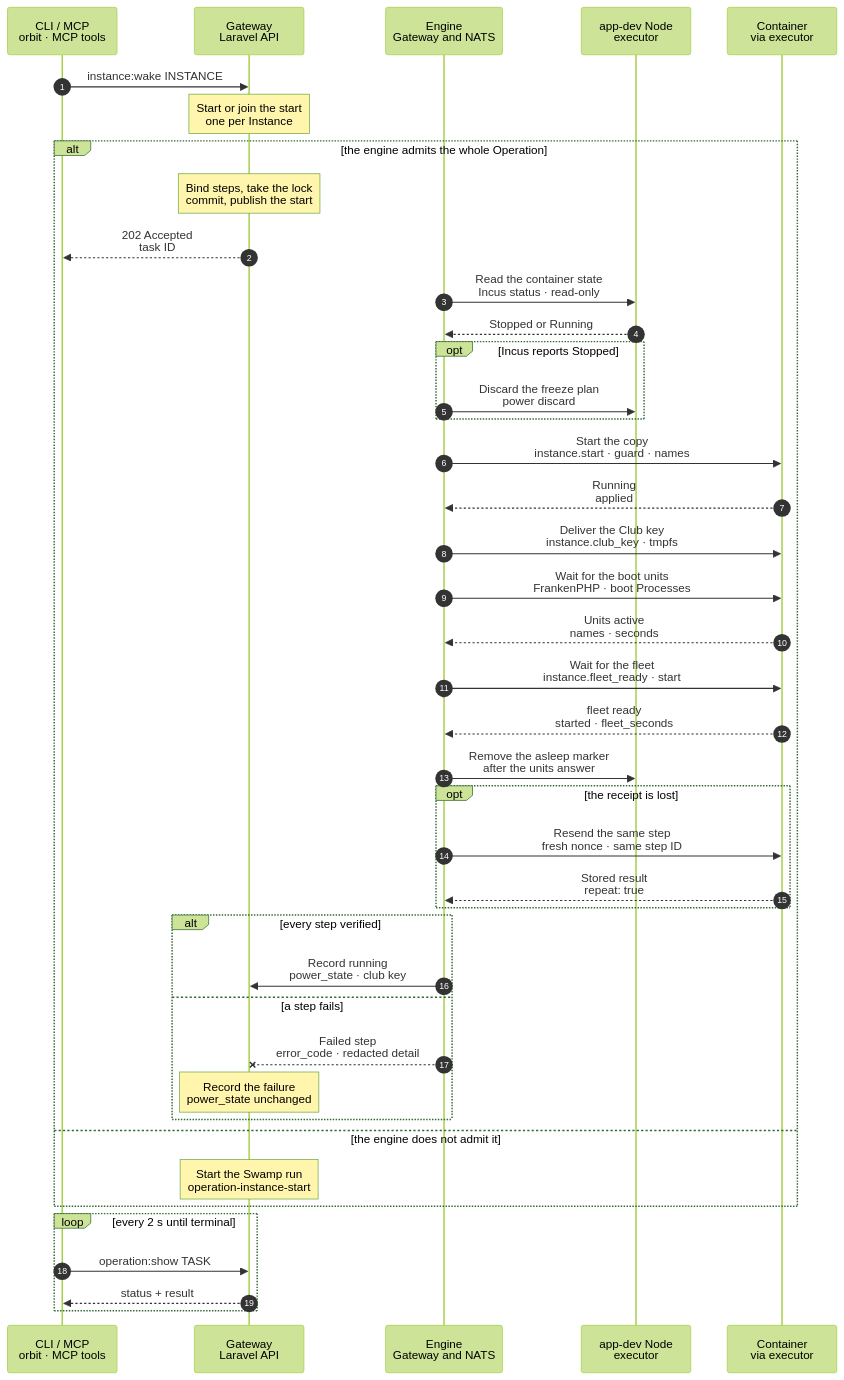
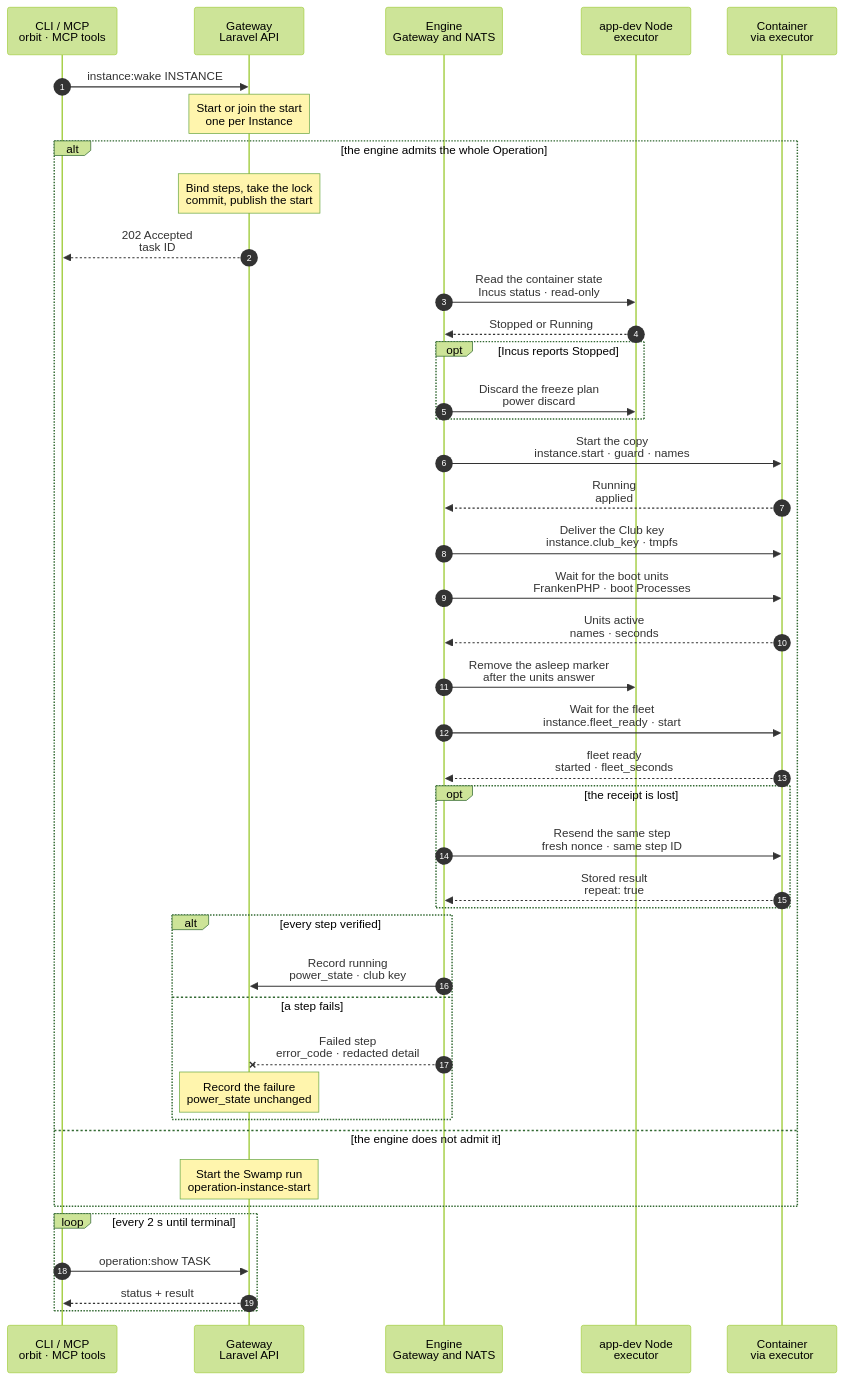
The diagram in docs/cli/instance/container/start-engine.mmd (hardimpactdev/orbit), drawn with Mermaid (forest theme) before and after one commit. The commit also changed 6 other files, not shown here.

Commit message:
Close round-2 chart findings: destroy target ID, start marker order, exact Process read-back, Conn restart result, sync prerequisites, update 202 and partial DNS

```diff
--- a/docs/cli/instance/container/start-engine.mmd
+++ b/docs/cli/instance/container/start-engine.mmd
@@ -1,81 +1,82 @@
 sequenceDiagram
   %% A stopped nested-fleet clone's start on the Gateway engine: the steps of instance/start.mmd (workflow operation-instance-start) as executor primitives of the `instance` and `power` families, reusing those of instance.create. Design for ADR 0267 and ADR 0271; no engine flow exists yet. Step names describe effects; the implementation settles action names unless an existing action is named.
   %% The wake admits `instance.start` (instance/wake.mmd); this chart is placed beside instance/start.mmd on instance/wake.mdx.
   %% status: draft
   %% command: instance:wake
   %% kind: instance.start
   autonumber
   %% lane CLI icon=terminal pill=caller tone=gray
   %% lane GW icon=gateway pill=intent tone=blue
   %% lane EN icon=workflow pill=engine tone=purple
   %% lane N icon=server pill=executor tone=amber
   %% lane C icon=server pill=copy tone=green
   participant CLI as CLI / MCP<br/>orbit · MCP tools
   participant GW as Gateway<br/>Laravel API
   participant EN as Engine<br/>Gateway and NATS
   participant N as app-dev Node<br/>executor
   participant C as Container<br/>via executor
   CLI->>GW: instance:wake INSTANCE
   Note over GW: Start or join the start<br/>one per Instance
   %%> Same admission as instance/start.mmd: an open start is joined; other work refuses (`operation.target_busy`, `instance.lifecycle_busy`); a nested-fleet default refuses (`instance.sleep_unsupported`)
   %%> The Club key is read once here; without one the start fails before any step (`instance.nested_club_key_missing`)
   alt the engine admits the whole Operation
     %%> Admission, one decision per Operation (EngineKinds::routes):
     %%> - `instance.start` is in `ORBIT_ENGINE_KINDS`
-    %%> - every Node a step touches reports its action in `$KV.NODES`: `discard`, `instance.start`, `instance.club_key` and `instance.fleet_ready` (all exist), and the new unit wait and marker removal actions
+    %%> - every Node a step touches reports its action in `$KV.NODES`: `discard`, `instance.start`, `instance.club_key` and `instance.fleet_ready` (all exist), and the new container-state read, unit wait and marker removal actions
     %%> - `instance.start`'s decoder refuses unknown fields, so the new inputs below need evidence first: the Node lists a feature for them in its reported `features` (as `instance.t3_pairing`), else the whole start stays on Swamp; it never fails after earlier steps acted
     %%> - the flow accepts the plan shape; a part it does not cover throws `EngineUnsupported` before any order
     %%> - eligible plan: a stopped clone whose seed holds Orbit's tunnel boot unit (`fleet_tunnel` recorded at create); a frozen copy (its wake resumes it) and a seed without the tunnel unit (Swamp's clone-fleet) throw `EngineUnsupported`
     Note over GW: Bind steps, take the lock<br/>commit, publish the start
     %%> - the step rows and the Operation lock commit in one transaction before the start event; an Operation never moves between engines after this
     GW-->>CLI: 202 Accepted<br/>task ID
     EN->>N: Read the container state<br/>Incus status · read-only
     N-->>EN: Stopped or Running
     opt Incus reports Stopped
       EN->>N: Discard the freeze plan<br/>power discard
       %%> A stopped copy's prepared plan and limits record go before the boot, under the Instance's target lock, as the Swamp start does
       %%> Skipped when the read finds the copy Running: `discard` refuses a running target, so a retry Operation after the boot never sends it
     end
     EN->>C: Start the copy<br/>instance.start · guard · names
     %%> Reuses `instance.start`: NIC guards and egress gates, the allowed config of a nested-fleet copy, ID maps, boot, hostname and `/etc/hosts`; an already running copy changes nothing
     %%> New inputs, behind the feature above: the start guard's owned keys `boot.autostart=false` and `limits.memory.swap` written over an absent or different value; the presented machine name; and, for a copy still Stopped, the recorded server's drop-in `/etc/systemd/system/t3.service.d/20-orbit-server.conf` before the boot, so t3.service starts the recorded server
     C-->>EN: Running<br/>applied
     EN->>C: Deliver the Club key<br/>instance.club_key · tmpfs
     %%> Into the copy's `/run`, never a seed or snapshot; answers changed, changed_serve_pending or unchanged
     EN->>C: Wait for the boot units<br/>FrankenPHP · boot Processes
     %%> As the Swamp start: reads the Process units that start at boot (installed and enabled) and FrankenPHP, then waits for each to be active with an empty `Job=`; a bounded read from the Node, failing `instance.container_start_failed` at the bound
     C-->>EN: Units active<br/>names · seconds
+    EN->>N: Remove the asleep marker<br/>after the units answer
+    %%> Right after the boot units are ready, before the fleet check, as the outer start phase does (instance-container-phase.yml `Remove the asleep marker after the start`): Caddy sends the next request to the running app; an absent marker counts as removed
+    %%> A later fleet failure fails the Operation but never puts the app back behind the sleep gate; a failure before this step keeps the marker
     EN->>C: Wait for the fleet<br/>instance.fleet_ready · start
     %%> Readiness, as the Swamp start's fleet check: inner Incus, stopped nested containers started, the tunnel unit active, Doctor healthy over the tunnel, every agent online
     %%> `seed_without_tunnel` fails the step; the engine never hands the rest to Swamp
     C-->>EN: fleet ready<br/>started · fleet_seconds
-    EN->>N: Remove the asleep marker<br/>after the units answer
-    %%> Only after the web unit answers, so Caddy sends the next request to a running app; an absent marker counts as removed. A failed start keeps the marker, and the app stays behind the sleep gate
     opt the receipt is lost
       EN->>C: Resend the same step<br/>fresh nonce · same step ID
       %%> When:
       %%> - the step passes its resend deadline with no receipt; two sends, one execution
       %%> - the Operation keeps its lock, so Instance 42 stays fenced; no other Operation and no Swamp run acts on it meanwhile
       %%> On the Node:
       %%> - the journal holds `done` for this Operation step, action and target: the executor answers the stored result with `repeat: true` and does not act again
       %%> - an order still `open` replays under the target lock first; an order that expired before the lock did nothing (`executor.order_expired`), and the step is sent again
       C-->>EN: Stored result<br/>repeat: true
     end
     alt every step verified
       EN->>GW: Record running<br/>power_state · club key
       %%> - the kind's own projection records the result, the same rows a Swamp run records
     else a step fails
       EN--xGW: Failed step<br/>error_code · redacted detail
       %%> - a deterministic refusal is a terminal receipt too; the journal keeps it and a resend repeats it
       Note over GW: Record the failure<br/>power_state unchanged
       %%> - the container may run with a fleet that is not ready; retry: the same command, and each step leaves what already runs as it is
     end
   else the engine does not admit it
     Note over GW: Start the Swamp run<br/>operation-instance-start
     %%> - the kind is not enabled, a Node lacks the action, `$KV.NODES` is unreadable, or the flow throws `EngineUnsupported`: the whole Operation runs operation-instance-start (instance/start.mmd)
     %%> - no step of it runs on the engine; an Operation never splits across engines
   end
   loop every 2 s until terminal
     CLI->>GW: operation:show TASK
     GW-->>CLI: status + result
   end
```
